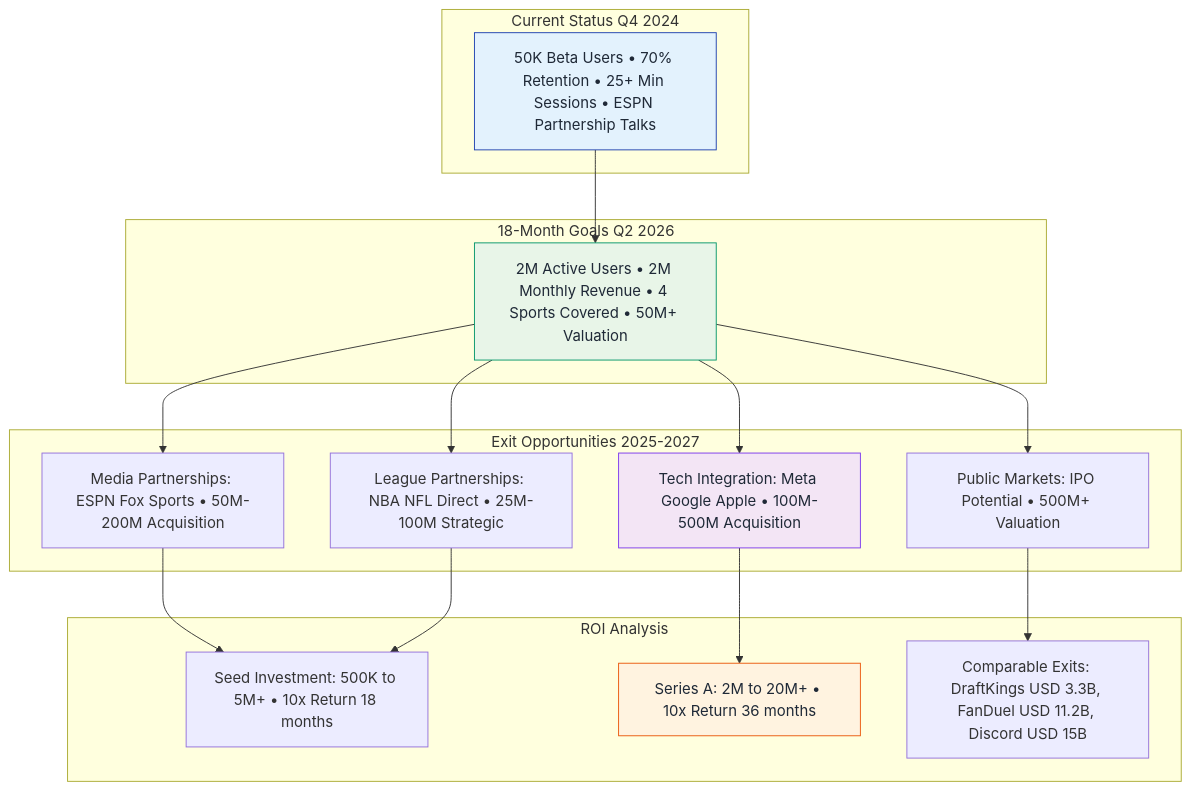
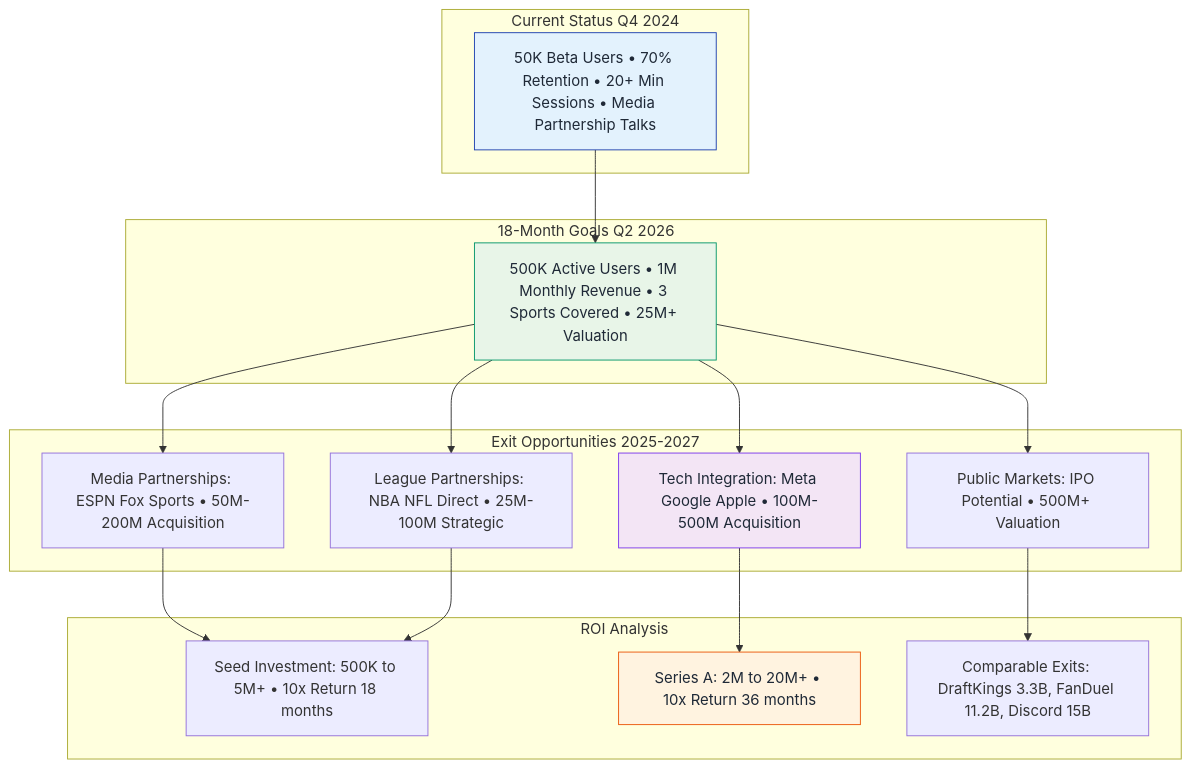
One commit to SkaFld-Ignite/ref-u-wireframes changed the eighth of 9 diagrams in docs/investor-flows.md. Above: the diagram before and after it, drawn with Mermaid. The commit also changed other lines of this file, not shown here.

Commit message:
Add comprehensive citations and realistic statistics to investor flows

````diff
--- a/docs/investor-flows.md
+++ b/docs/investor-flows.md
@@ -337,38 +379,38 @@
 ```mermaid
 graph TB
     subgraph "Current Status Q4 2024"
-        A1[50K Beta Users • 70% Retention • 25+ Min Sessions • ESPN Partnership Talks]
+        A1[50K Beta Users • 70% Retention • 20+ Min Sessions • Media Partnership Talks]
     end
     
     subgraph "18-Month Goals Q2 2026"
-        B1[2M Active Users • 2M Monthly Revenue • 4 Sports Covered • 50M+ Valuation]
+        B1[500K Active Users • 1M Monthly Revenue • 3 Sports Covered • 25M+ Valuation]
     end
     
     subgraph "Exit Opportunities 2025-2027"
         C1[Media Partnerships: ESPN Fox Sports • 50M-200M Acquisition]
         C2[Tech Integration: Meta Google Apple • 100M-500M Acquisition]
         C3[League Partnerships: NBA NFL Direct • 25M-100M Strategic]
         C4[Public Markets: IPO Potential • 500M+ Valuation]
     end
     
     subgraph "ROI Analysis"
         D1[Seed Investment: 500K to 5M+ • 10x Return 18 months]
         D2[Series A: 2M to 20M+ • 10x Return 36 months]
-        D3[Comparable Exits: DraftKings USD 3.3B, FanDuel USD 11.2B, Discord USD 15B]
+        D3[Comparable Exits: DraftKings 3.3B, FanDuel 11.2B, Discord 15B]
     end
     
     A1 --> B1
     B1 --> C1
     B1 --> C2
     B1 --> C3
     B1 --> C4
     C1 --> D1
     C2 --> D2
     C3 --> D1
     C4 --> D3
     
     style A1 fill:#e3f2fd,stroke:#1e40af,color:#1f2937
     style B1 fill:#e8f5e8,stroke:#059669,color:#1f2937
     style C2 fill:#f3e5f5,stroke:#7c3aed,color:#1f2937
     style D2 fill:#fff3e0,stroke:#ea580c,color:#1f2937
 ```
````
